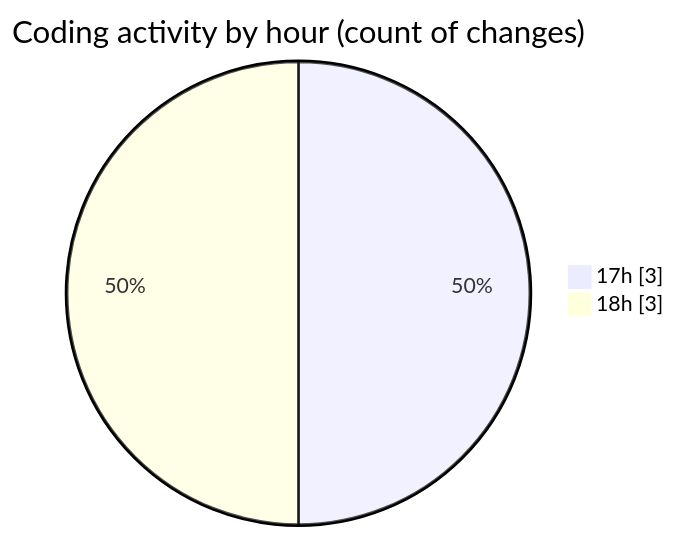
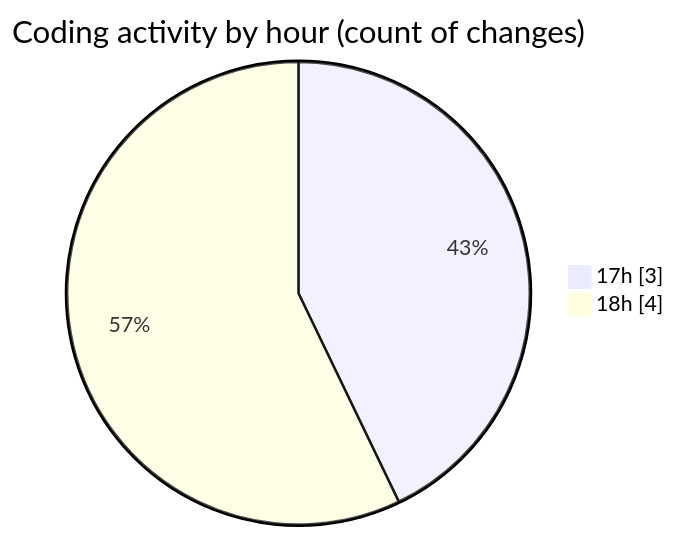
Before and after one commit to NitaiMahat/code-tracking: the second of 2 diagrams in 2025-02-24/startfiles/README.md, drawn with Mermaid. The commit also changed other lines of this file and 1 other file, not shown here.

````diff
--- a/2025-02-24/startfiles/README.md
+++ b/2025-02-24/startfiles/README.md
@@ -29,6 +29,6 @@
 ```mermaid
 pie showData
 title Coding activity by hour (count of changes)
 "17h" : 3
-"18h" : 3
+"18h" : 4
 ```
````
